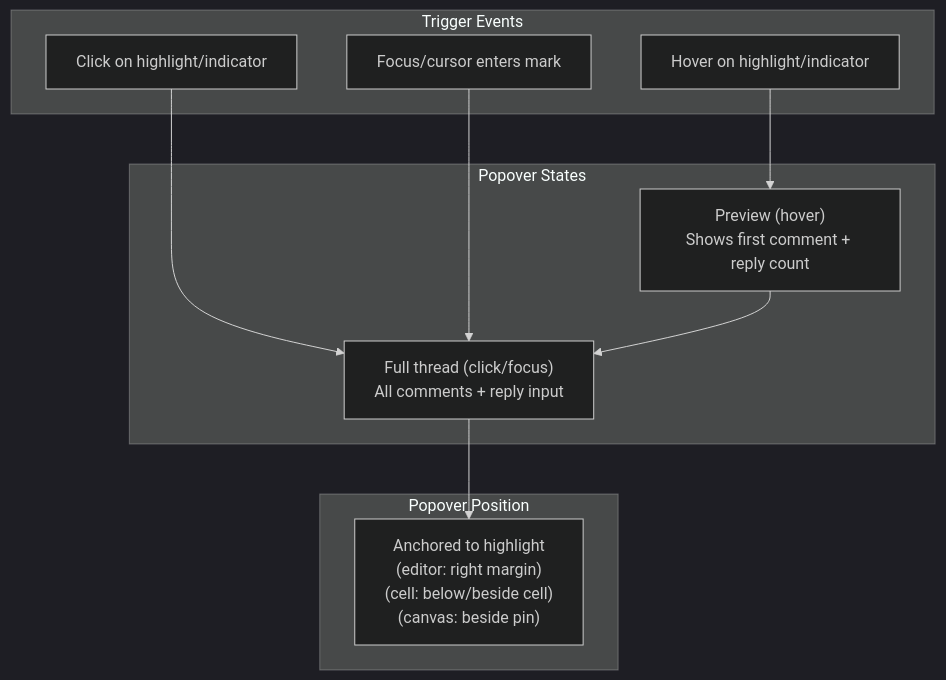
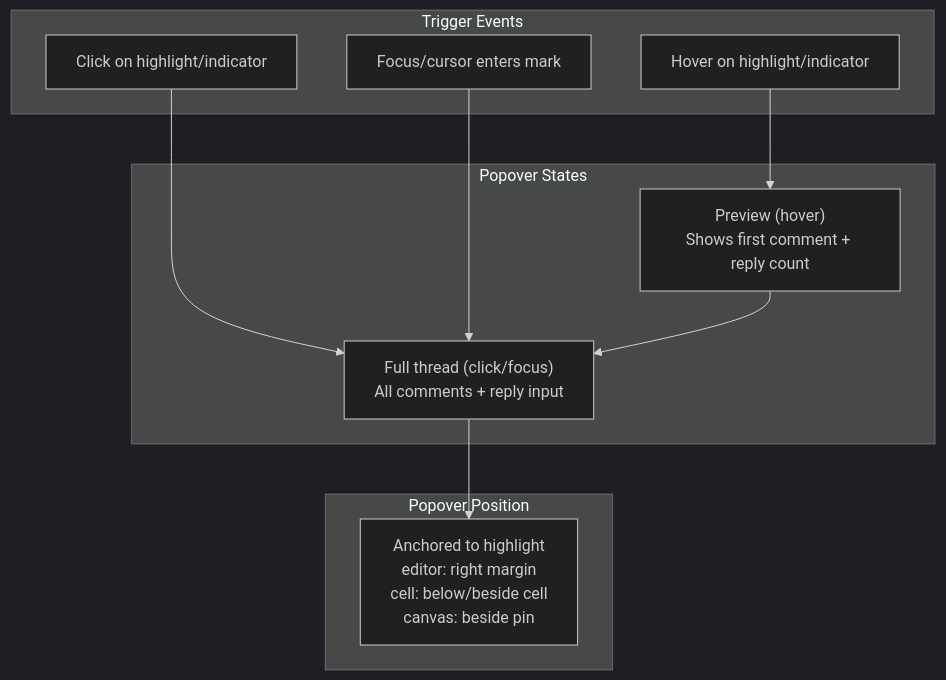
The fifth of 14 diagrams in docs/explorations/COMMENTING_SYSTEM.md (crs48/xNet), drawn with Mermaid (dark theme) before and after one commit. The commit also changed other lines of this file and 21 other files, not shown here.

First line of the commit message:
Fix Mermaid parse errors: remove parentheses in flowchart node labels after <br/> tags

````diff
--- a/docs/explorations/COMMENTING_SYSTEM.md
+++ b/docs/explorations/COMMENTING_SYSTEM.md
@@ -396,23 +396,23 @@
 ```mermaid
 flowchart TB
     subgraph "Trigger Events"
         CLICK[Click on highlight/indicator]
         HOVER[Hover on highlight/indicator]
         FOCUS[Focus/cursor enters mark]
     end
 
     subgraph "Popover States"
         PREVIEW["Preview (hover)<br/>Shows first comment + reply count"]
         FULL["Full thread (click/focus)<br/>All comments + reply input"]
     end
 
     subgraph "Popover Position"
-        INLINE["Anchored to highlight<br/>(editor: right margin)<br/>(cell: below/beside cell)<br/>(canvas: beside pin)"]
+        INLINE["Anchored to highlight<br/>editor: right margin<br/>cell: below/beside cell<br/>canvas: beside pin"]
     end
 
     HOVER --> PREVIEW
     CLICK --> FULL
     FOCUS --> FULL
     PREVIEW --> FULL
     FULL --> INLINE
 ```
````
